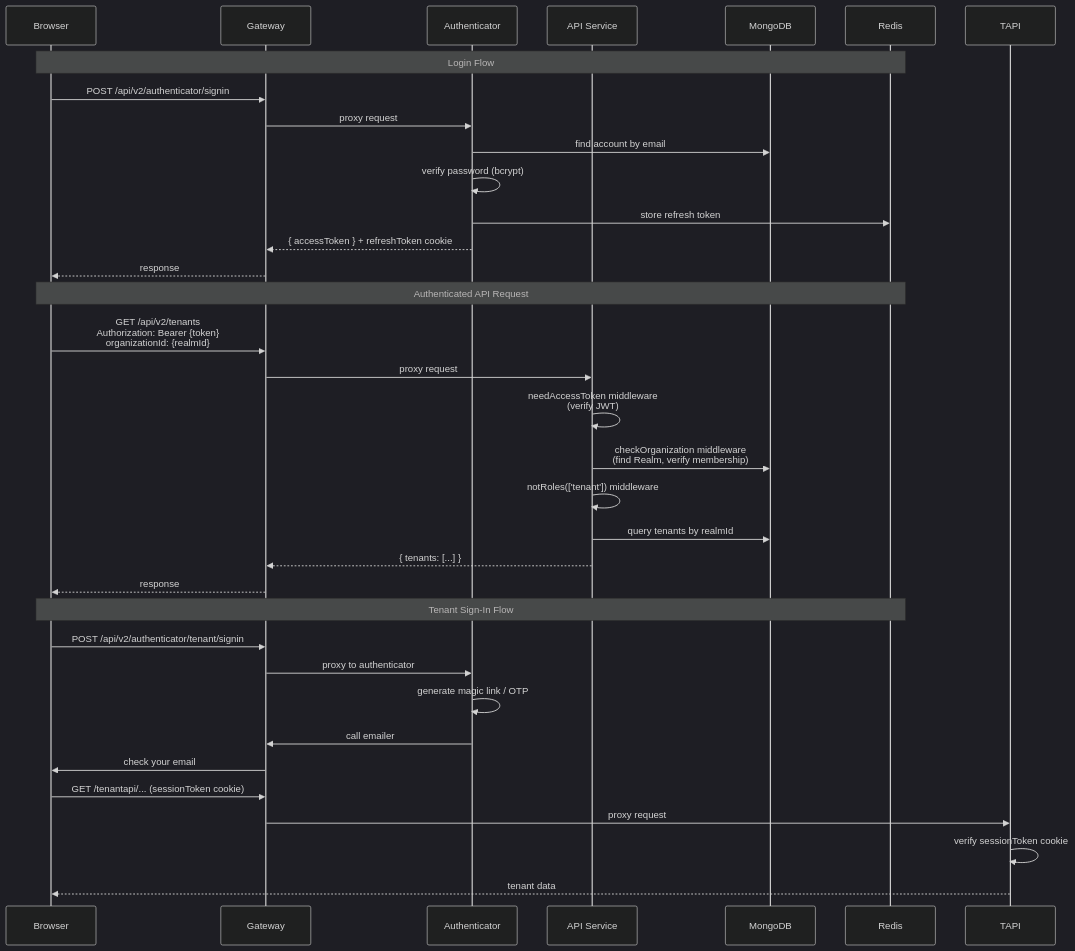
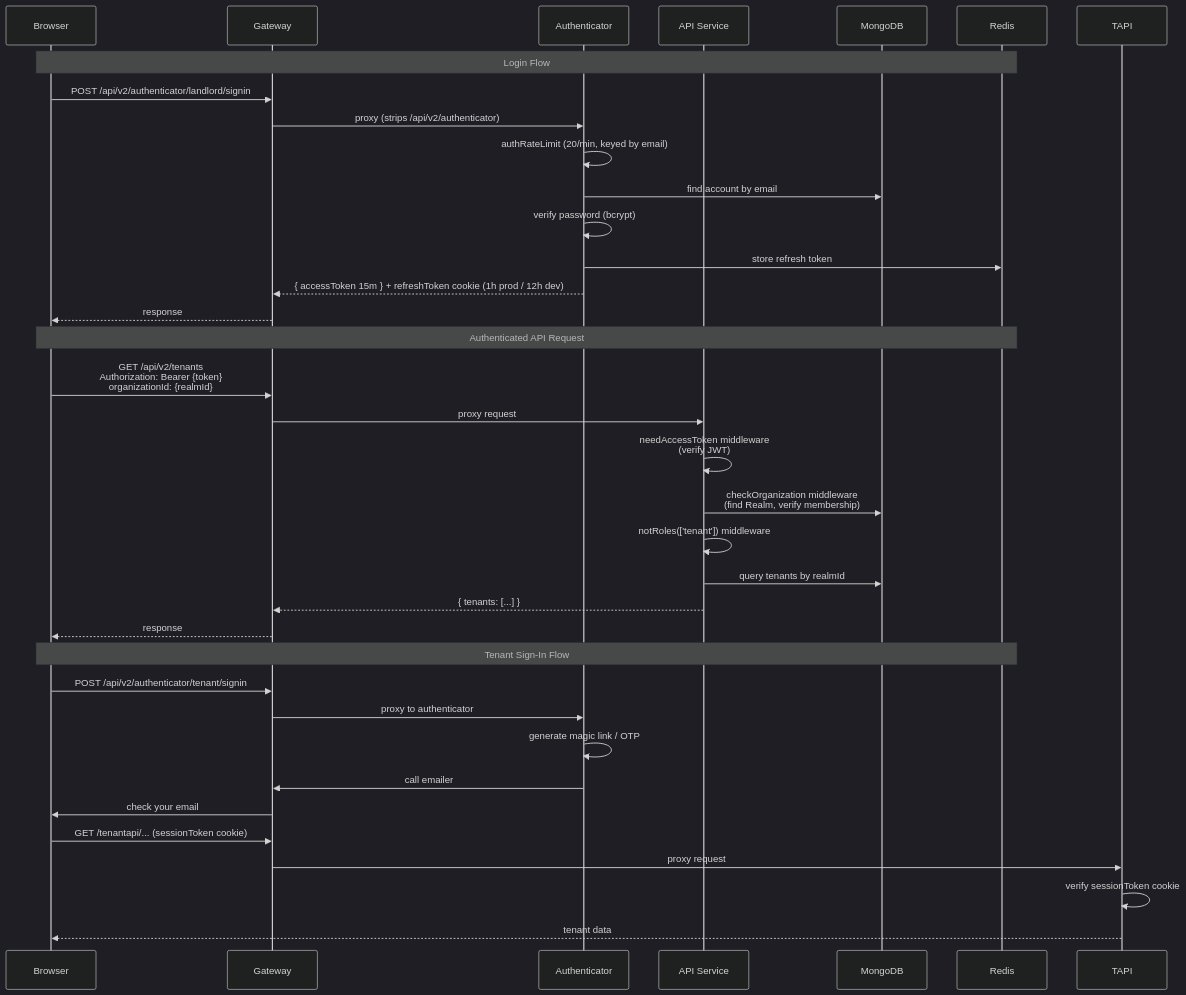
Before and after one commit to directorscut82/microrealestate: the third of 6 diagrams in .kiro/steering/architecture-diagrams.md, drawn with Mermaid (dark theme). The commit also changed other lines of this file and 27 other files, not shown here.

````diff
--- a/.kiro/steering/architecture-diagrams.md
+++ b/.kiro/steering/architecture-diagrams.md
@@ -118,39 +118,40 @@
 ```mermaid
 sequenceDiagram
     participant B as Browser
     participant GW as Gateway
     participant AUTH as Authenticator
     participant API as API Service
     participant DB as MongoDB
     participant R as Redis
 
     Note over B,R: Login Flow
-    B->>GW: POST /api/v2/authenticator/signin
-    GW->>AUTH: proxy request
+    B->>GW: POST /api/v2/authenticator/landlord/signin
+    GW->>AUTH: proxy (strips /api/v2/authenticator)
+    AUTH->>AUTH: authRateLimit (20/min, keyed by email)
     AUTH->>DB: find account by email
     AUTH->>AUTH: verify password (bcrypt)
     AUTH->>R: store refresh token
-    AUTH-->>GW: { accessToken } + refreshToken cookie
+    AUTH-->>GW: { accessToken 15m } + refreshToken cookie (1h prod / 12h dev)
     GW-->>B: response
 
     Note over B,R: Authenticated API Request
     B->>GW: GET /api/v2/tenants<br/>Authorization: Bearer {token}<br/>organizationId: {realmId}
     GW->>API: proxy request
     API->>API: needAccessToken middleware<br/>(verify JWT)
     API->>DB: checkOrganization middleware<br/>(find Realm, verify membership)
     API->>API: notRoles(['tenant']) middleware
     API->>DB: query tenants by realmId
     API-->>GW: { tenants: [...] }
     GW-->>B: response
 
     Note over B,R: Tenant Sign-In Flow
     B->>GW: POST /api/v2/authenticator/tenant/signin
     GW->>AUTH: proxy to authenticator
     AUTH->>AUTH: generate magic link / OTP
     AUTH->>GW: call emailer
     GW->>B: check your email
     B->>GW: GET /tenantapi/... (sessionToken cookie)
     GW->>TAPI: proxy request
     TAPI->>TAPI: verify sessionToken cookie
     TAPI-->>B: tenant data
 ```
````
